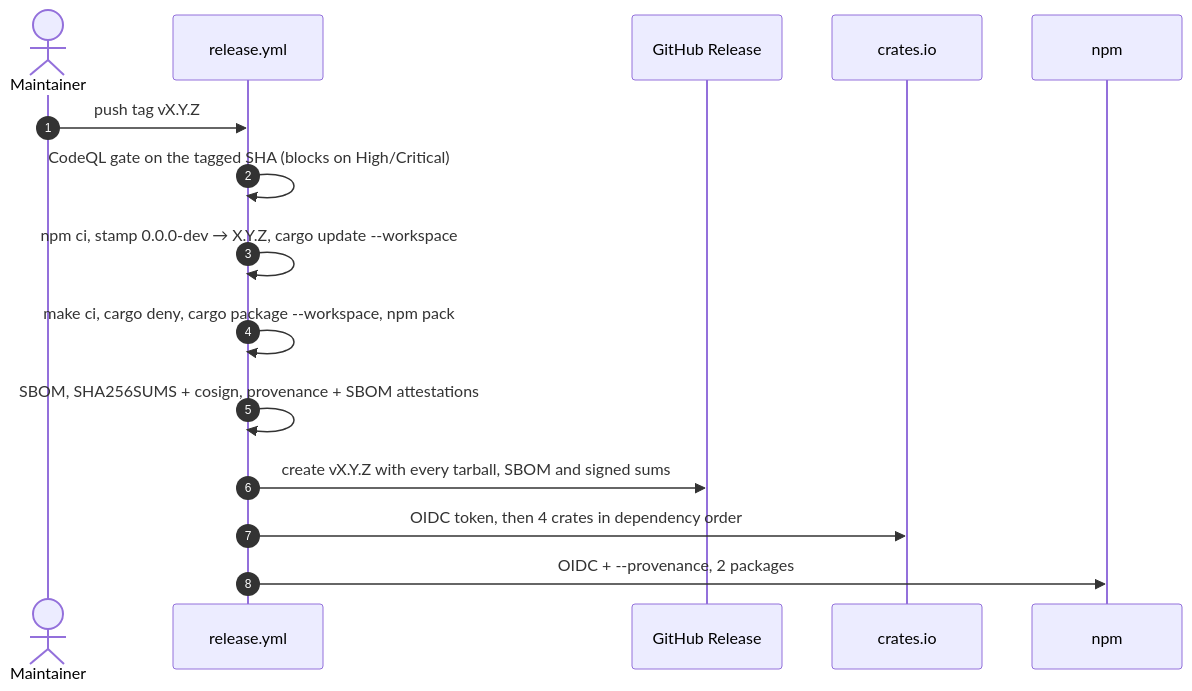
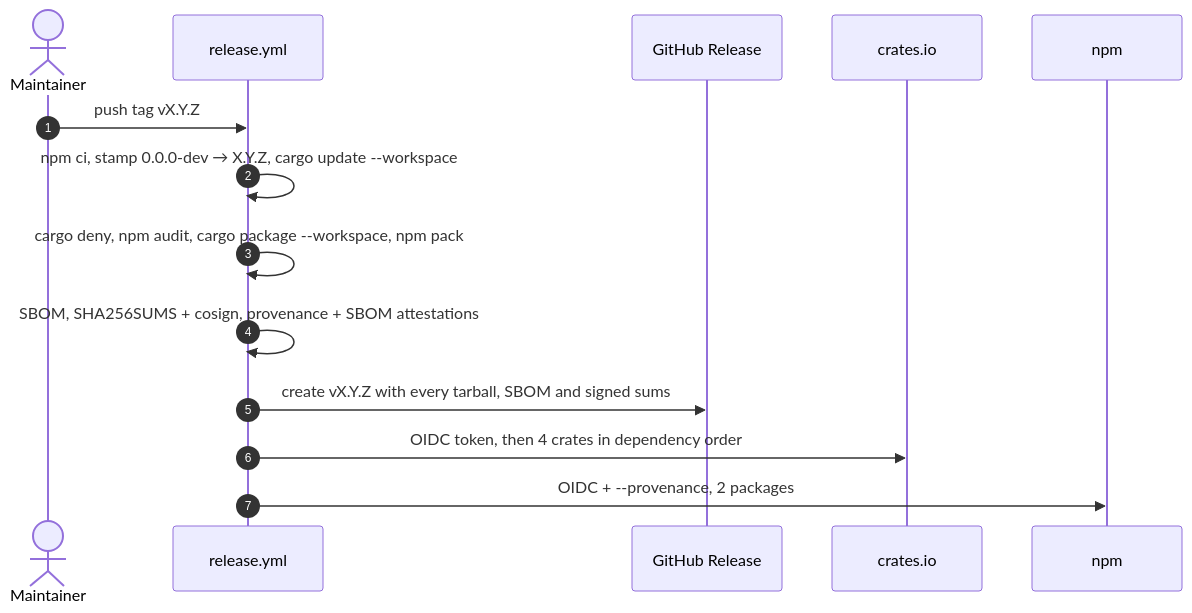
The diagram in docs/plans/publishing-plan.md (Nimblesite/lspkit), drawn with Mermaid before and after one commit. The commit also changed other lines of this file and 5 other files, not shown here.

First line of the commit message:
Releases run only package security checks; fix npm publish; GitHub Pages (#39)

````diff
--- a/docs/plans/publishing-plan.md
+++ b/docs/plans/publishing-plan.md
@@ -9,18 +9,17 @@
 ```mermaid
 sequenceDiagram
     autonumber
     actor Dev as Maintainer
     participant GHA as release.yml
     participant Rel as GitHub Release
     participant Crates as crates.io
     participant Npm as npm
 
     Dev->>GHA: push tag vX.Y.Z
-    GHA->>GHA: CodeQL gate on the tagged SHA (blocks on High/Critical)
     GHA->>GHA: npm ci, stamp 0.0.0-dev → X.Y.Z, cargo update --workspace
-    GHA->>GHA: make ci, cargo deny, cargo package --workspace, npm pack
+    GHA->>GHA: cargo deny, npm audit, cargo package --workspace, npm pack
     GHA->>GHA: SBOM, SHA256SUMS + cosign, provenance + SBOM attestations
     GHA->>Rel: create vX.Y.Z with every tarball, SBOM and signed sums
     GHA->>Crates: OIDC token, then 4 crates in dependency order
     GHA->>Npm: OIDC + --provenance, 2 packages
 ```
````
